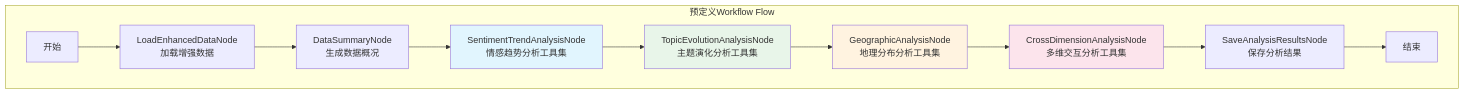
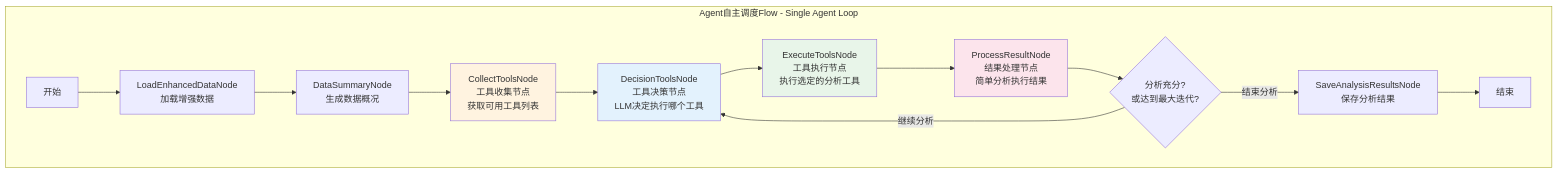
The sixth of 8 diagrams in doc/design.md (Hyacehila/AnalysisPosts), drawn with Mermaid before and after one commit. The commit also changed other lines of this file and 3 other files, not shown here.

First line of the commit message:
docs: restructure design with three-stage decoupled architecture

````diff
--- a/doc/design.md
+++ b/doc/design.md
@@ -511,20 +534,27 @@
 ```mermaid
 flowchart TD
-    subgraph WorkflowAnalysisFlow[预定义Workflow Flow]
-        wf_start[开始] --> wf_load[LoadEnhancedDataNode<br/>加载增强数据]
-        wf_load --> wf_summary[DataSummaryNode<br/>生成数据概况]
+    subgraph AgentAnalysisFlow[Agent自主调度Flow - Single Agent Loop]
+        agent_start[开始] --> agent_load[LoadEnhancedDataNode<br/>加载增强数据]
+        agent_load --> agent_summary[DataSummaryNode<br/>生成数据概况]
         
-        wf_summary --> wf_sentiment[SentimentTrendAnalysisNode<br/>情感趋势分析工具集]
-        wf_sentiment --> wf_topic[TopicEvolutionAnalysisNode<br/>主题演化分析工具集]
-        wf_topic --> wf_geo[GeographicAnalysisNode<br/>地理分布分析工具集]
-        wf_geo --> wf_cross[CrossDimensionAnalysisNode<br/>多维交互分析工具集]
+        agent_summary --> collect_tools[CollectToolsNode<br/>工具收集节点<br/>获取可用工具列表]
         
-        wf_cross --> wf_save[SaveAnalysisResultsNode<br/>保存分析结果]
-        wf_save --> wf_end[结束]
+        collect_tools --> decision_node[DecisionToolsNode<br/>工具决策节点<br/>LLM决定执行哪个工具]
+        
+        decision_node --> execute_node[ExecuteToolsNode<br/>工具执行节点<br/>执行选定的分析工具]
+        
+        execute_node --> process_result[ProcessResultNode<br/>结果处理节点<br/>简单分析执行结果]
+        
+        process_result --> check_finish{分析充分?<br/>或达到最大迭代?}
+        
+        check_finish -->|继续分析| decision_node
+        check_finish -->|结束分析| agent_save[SaveAnalysisResultsNode<br/>保存分析结果]
+        
+        agent_save --> agent_end[结束]
     end
     
-    style wf_sentiment fill:#e1f5fe
-    style wf_topic fill:#e8f5e9
-    style wf_geo fill:#fff3e0
-    style wf_cross fill:#fce4ec
+    style collect_tools fill:#fff3e0
+    style decision_node fill:#e3f2fd
+    style execute_node fill:#e8f5e9
+    style process_result fill:#fce4ec
 ```
````
